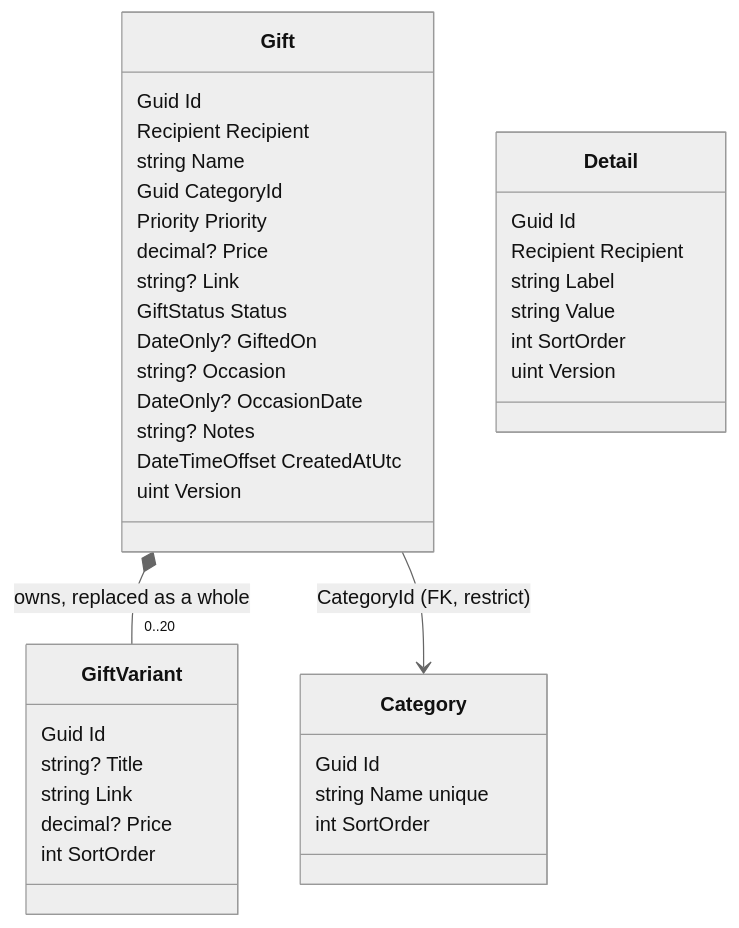
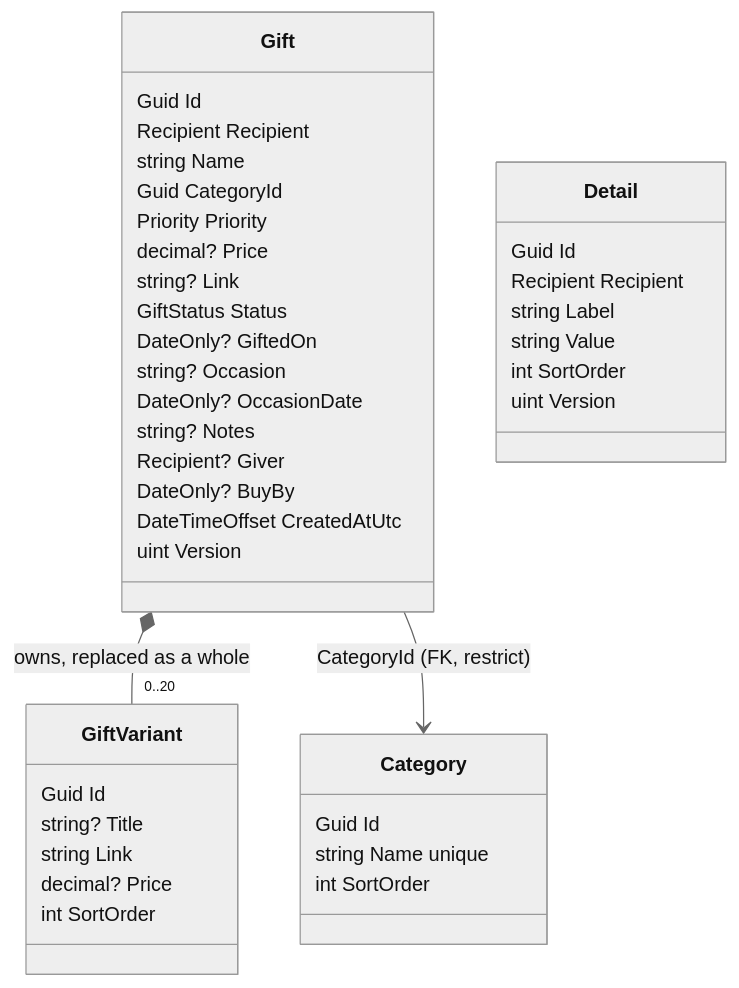
One commit to Weretik/home-app changed the diagram in api/docs/modules/gifts.md. Above: the diagram before and after it, drawn with Mermaid (neutral theme). The commit also changed other lines of this file and 238 other files, not shown here.

````diff
--- a/api/docs/modules/gifts.md
+++ b/api/docs/modules/gifts.md
@@ -14,41 +14,43 @@
 ```mermaid
 classDiagram
     class Gift {
         Guid Id
         Recipient Recipient
         string Name
         Guid CategoryId
         Priority Priority
         decimal? Price
         string? Link
         GiftStatus Status
         DateOnly? GiftedOn
         string? Occasion
         DateOnly? OccasionDate
         string? Notes
+        Recipient? Giver
+        DateOnly? BuyBy
         DateTimeOffset CreatedAtUtc
         uint Version
     }
     class GiftVariant {
         Guid Id
         string? Title
         string Link
         decimal? Price
         int SortOrder
     }
     class Category {
         Guid Id
         string Name  unique
         int SortOrder
     }
     class Detail {
         Guid Id
         Recipient Recipient
         string Label
         string Value
         int SortOrder
         uint Version
     }
     Gift *-- "0..20" GiftVariant : owns, replaced as a whole
     Gift --> Category : CategoryId (FK, restrict)
 ```
````
